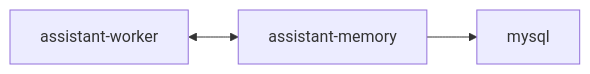
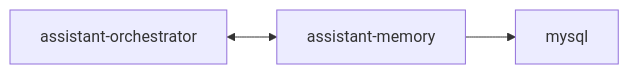
Before and after one commit to vinitu/my-concierge: the diagram in docs/services/assistant/assistant-memory.md, drawn with Mermaid. The commit also changed other lines of this file and 195 other files, not shown here.

First line of the commit message:
refactor: update application modules and remove assistant-worker

````diff
--- a/docs/services/assistant/assistant-memory.md
+++ b/docs/services/assistant/assistant-memory.md
@@ -29,5 +29,5 @@
 ```mermaid
 flowchart LR
-    Worker["assistant-worker"] <--> Memory["assistant-memory"]
+    Worker["assistant-orchestrator"] <--> Memory["assistant-memory"]
     Memory --> MySQL["mysql"]
 ```
````
